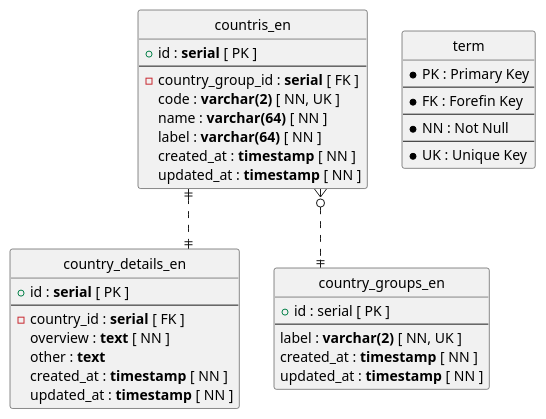
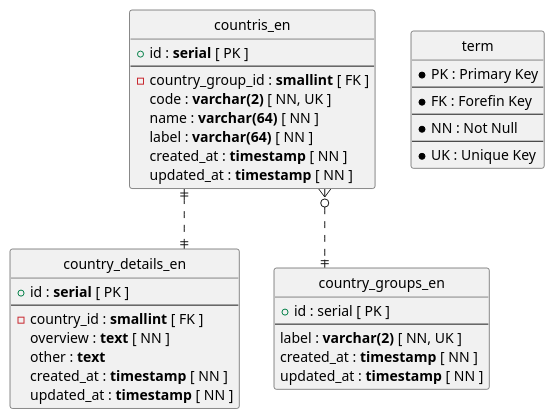
The second of 2 diagrams in doc/plantuml.md (takusan64/world-dictionary-backend), drawn with PlantUML before and after one commit. The commit also changed other lines of this file and 2 other files, not shown here.

Commit message:
fixed erd column

````diff
--- a/doc/plantuml.md
+++ b/doc/plantuml.md
@@ -70,52 +70,52 @@
 ```plantuml
 @startuml
 
 ' hide the spot
 hide circle
 
 ' avoid problems with angled crows feet
 skinparam linetype ortho
 
 entity "countris_en" as e01_en {
   +id : **serial** [ PK ]
   --
-  -country_group_id : **serial** [ FK ]
+  -country_group_id : **smallint** [ FK ]
   code : **varchar(2)** [ NN, UK ]
   name : **varchar(64)** [ NN ]
   label : **varchar(64)** [ NN ]
   created_at : **timestamp** [ NN ]
   updated_at : **timestamp** [ NN ]
 }
 
 entity "country_details_en" as e02_en {
   +id : **serial** [ PK ]
   --
-  -country_id : **serial** [ FK ]
+  -country_id : **smallint** [ FK ]
   overview : **text** [ NN ]
   other : **text**
   created_at : **timestamp** [ NN ]
   updated_at : **timestamp** [ NN ]
 }
 
 entity "country_groups_en" as e03_en {
   +id : serial [ PK ]
   --
   label : **varchar(2)** [ NN, UK ]
   created_at : **timestamp** [ NN ]
   updated_at : **timestamp** [ NN ]
 }
 
 entity "term" as term {
   *PK : Primary Key
   --
   *FK : Forefin Key
   --
   *NN : Not Null
   --
   *UK : Unique Key
 }
 
 e01_en ||..|| e02_en
 e01_en }o..|| e03_en
 @enduml
 ```
````
